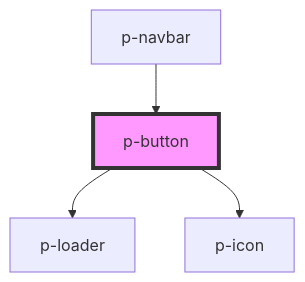
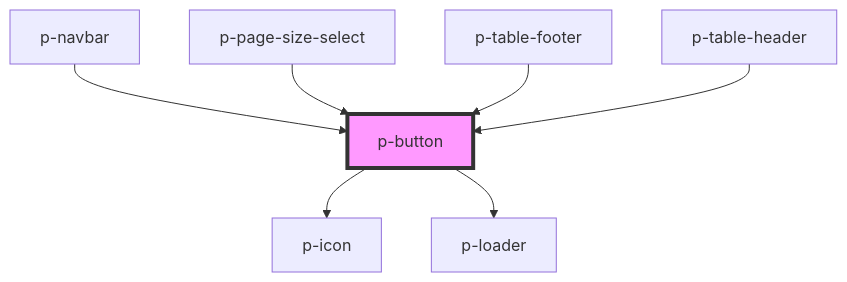
The diagram in packages/core/src/components/atoms/button/readme.md (Employes/paperless), drawn with Mermaid before and after one commit. The commit also changed other lines of this file and 3 other files, not shown here.

````diff
--- a/packages/core/src/components/atoms/button/readme.md
+++ b/packages/core/src/components/atoms/button/readme.md
@@ -47,7 +51,10 @@
 ```mermaid
 graph TD;
+  p-button --> p-icon
   p-button --> p-loader
-  p-button --> p-icon
   p-navbar --> p-button
+  p-page-size-select --> p-button
+  p-table-footer --> p-button
+  p-table-header --> p-button
   style p-button fill:#f9f,stroke:#333,stroke-width:4px
 ```
````
